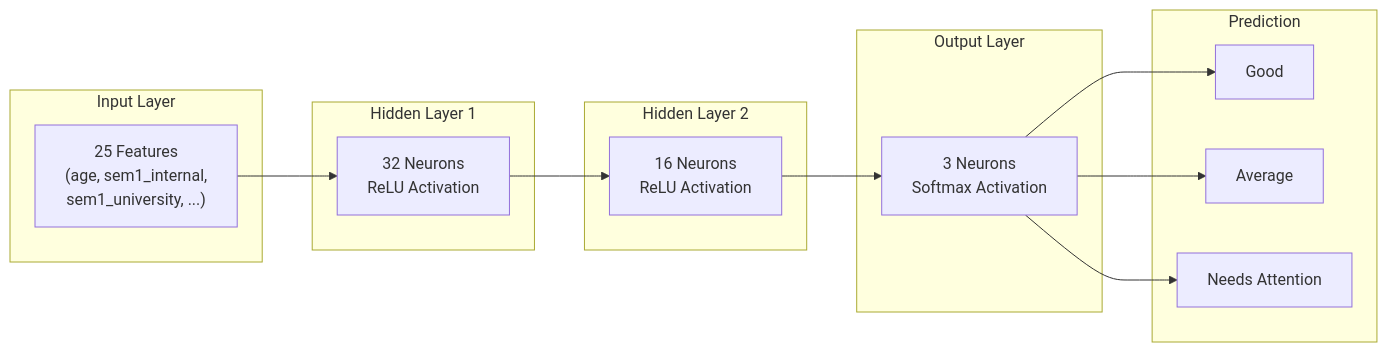
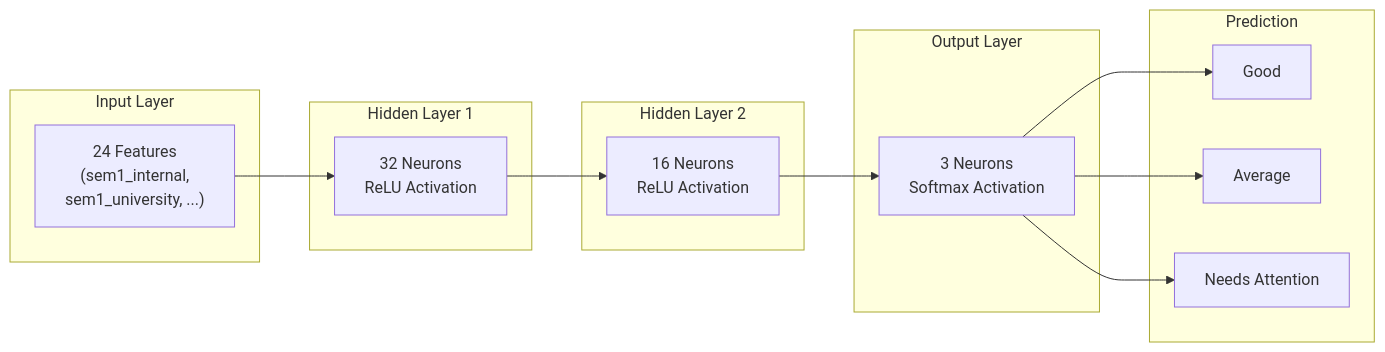
One commit to vrroshni/student-analyser changed the third of 7 diagrams in diagram/05_algorithms_used.md. Above: the diagram before and after it, drawn with Mermaid. The commit also changed other lines of this file and 53 other files, not shown here.

````diff
--- a/diagram/05_algorithms_used.md
+++ b/diagram/05_algorithms_used.md
@@ -81,29 +81,29 @@
 ```mermaid
 flowchart LR
     subgraph Input["Input Layer"]
-        I["25 Features\n(age, sem1_internal,\nsem1_university, ...)"]
+        I["24 Features\n(sem1_internal,\nsem1_university, ...)"]
     end
 
     subgraph Hidden1["Hidden Layer 1"]
         H1["32 Neurons\nReLU Activation"]
     end
 
     subgraph Hidden2["Hidden Layer 2"]
         H2["16 Neurons\nReLU Activation"]
     end
 
     subgraph Output["Output Layer"]
         O["3 Neurons\nSoftmax Activation"]
     end
 
     subgraph Classes["Prediction"]
         C1["Good"]
         C2["Average"]
         C3["Needs Attention"]
     end
 
     I --> H1 --> H2 --> O
     O --> C1
     O --> C2
     O --> C3
 ```
````
